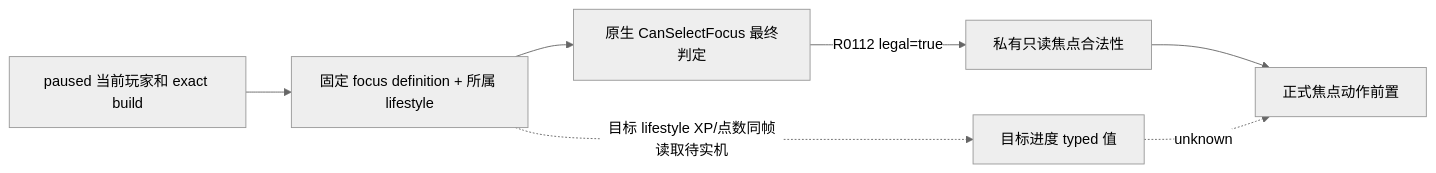
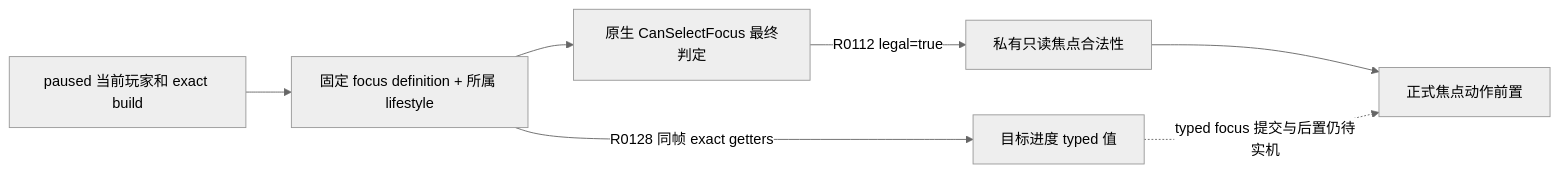
One commit to XenoAmess/ck3_eternal_recurrence changed the first of 8 diagrams in docs/ck3-native-ai/lifestyle-focus-perk-ai.md. Above: the diagram before and after it, drawn with Mermaid (neutral theme). The commit also changed other lines of this file and 2 other files, not shown here.

````diff
--- a/docs/ck3-native-ai/lifestyle-focus-perk-ai.md
+++ b/docs/ck3-native-ai/lifestyle-focus-perk-ai.md
@@ -83,9 +85,9 @@
 ```mermaid
 flowchart LR
   A[paused 当前玩家和 exact build] --> B[固定 focus definition + 所属 lifestyle]
   B --> C[原生 CanSelectFocus 最终判定]
   C -->|R0112 legal=true| D[私有只读焦点合法性]
-  B -. 目标 lifestyle XP/点数同帧读取待实机 .-> E[目标进度 typed 值]
+  B -->|R0128 同帧 exact getters| E[目标进度 typed 值]
   D --> F[正式焦点动作前置]
-  E -. unknown .-> F
+  E -. typed focus 提交与后置仍待实机 .-> F
 ```
````
